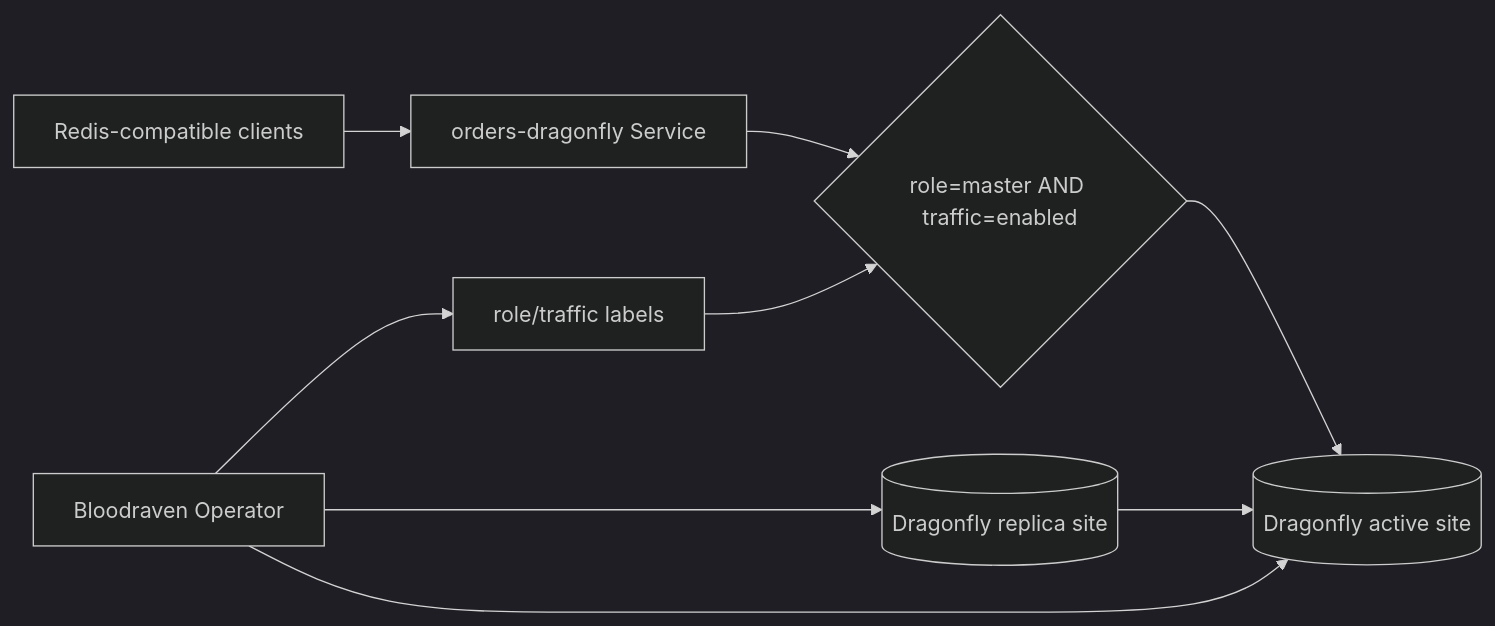
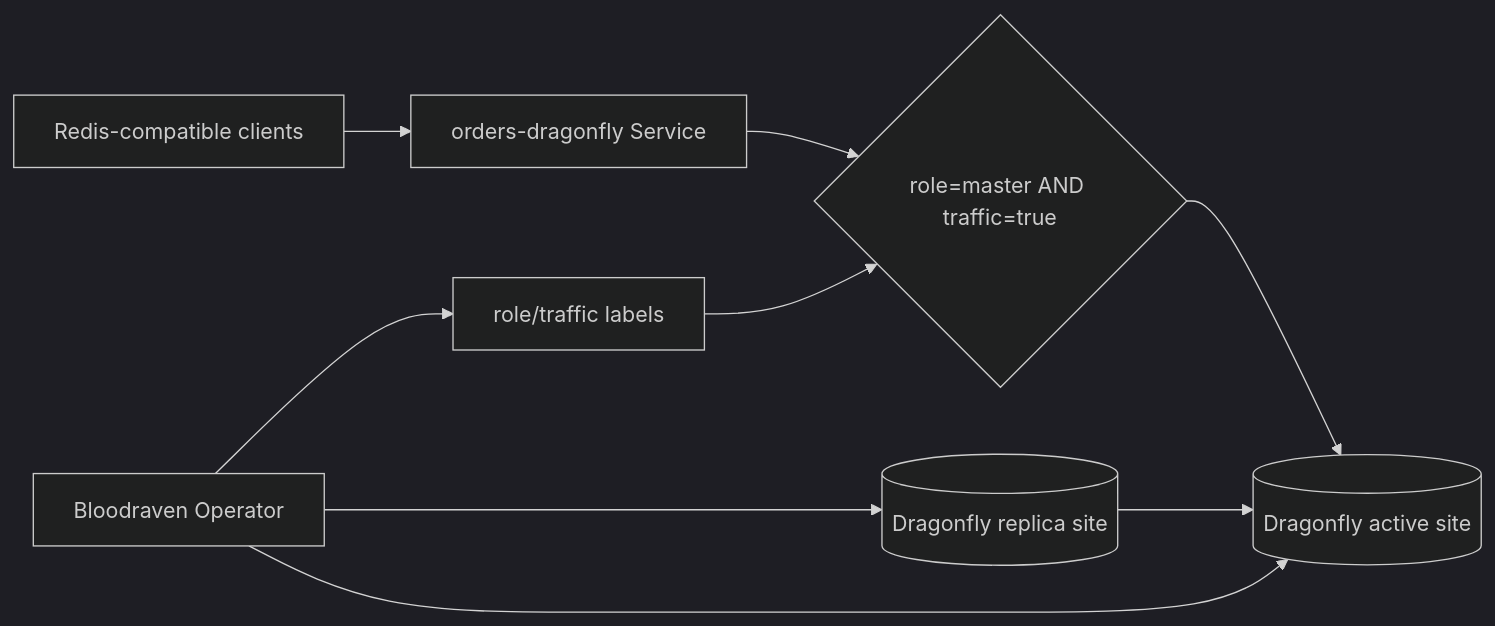
One commit to ShipStream/bloodraven changed the fourth of 9 diagrams in site/content/docs/5.architecture/7.architecture-diagrams.md. Above: the diagram before and after it, drawn with Mermaid (dark theme). The commit also changed 228 other files, not shown here.

````diff
--- a/site/content/docs/5.architecture/7.architecture-diagrams.md
+++ b/site/content/docs/5.architecture/7.architecture-diagrams.md
@@ -73,11 +73,11 @@
 ```mermaid
 flowchart LR
   App[Redis-compatible clients] --> ActiveSvc[orders-dragonfly Service]
-  ActiveSvc --> Selector{role=master AND traffic=enabled}
+  ActiveSvc --> Selector{role=master AND traffic=true}
   Selector --> Active[(Dragonfly active site)]
   Replica[(Dragonfly replica site)] --> Active
   Operator[Bloodraven Operator] --> Active
   Operator --> Replica
   Operator --> Labels[role/traffic labels]
   Labels --> Selector
 ```
````
